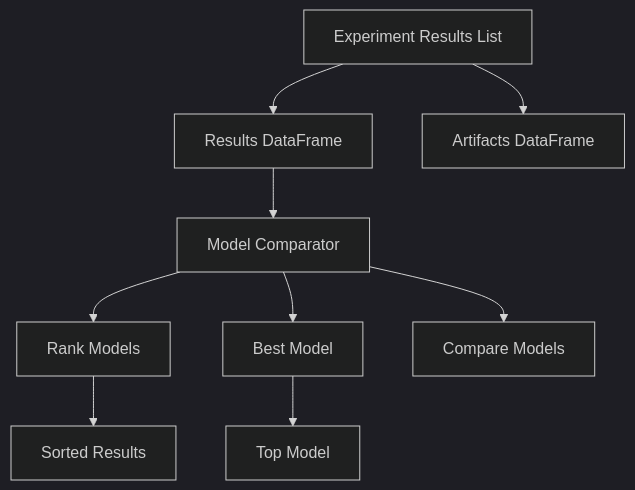
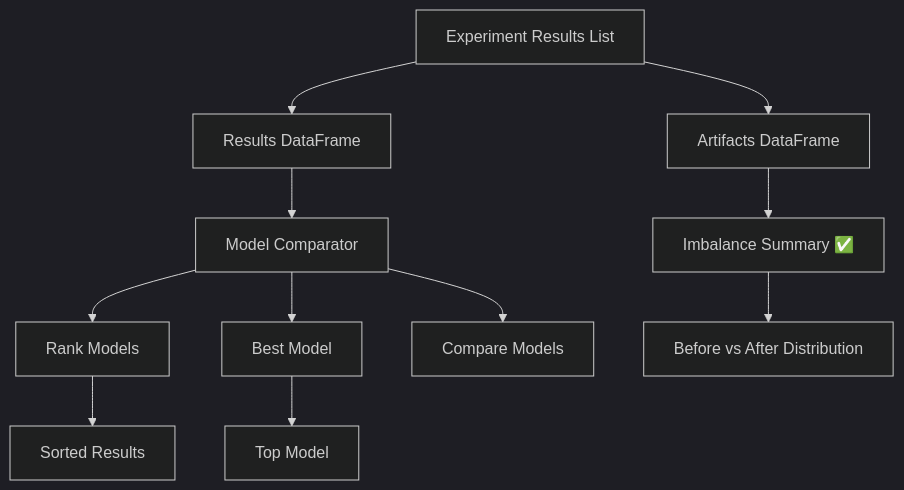
One commit to abhinavssingh/python-learnings changed the fourth of 6 diagrams in lib/utility/machinelearning/README.md. Above: the diagram before and after it, drawn with Mermaid (dark theme). The commit also changed other lines of this file and 15 other files, not shown here.

````diff
--- a/lib/utility/machinelearning/README.md
+++ b/lib/utility/machinelearning/README.md
@@ -121,15 +132,19 @@
 ```mermaid
 flowchart TD
 
     A[Experiment Results List] --> B[Results DataFrame]
     A --> C[Artifacts DataFrame]
+
+    C --> C1[Imbalance Summary ✅]
 
     B --> D[Model Comparator]
 
     D --> E[Rank Models]
     D --> F[Best Model]
     D --> G[Compare Models]
 
     E --> H[Sorted Results]
     F --> I[Top Model]
+
+    C1 --> J[Before vs After Distribution]
 ```
````
